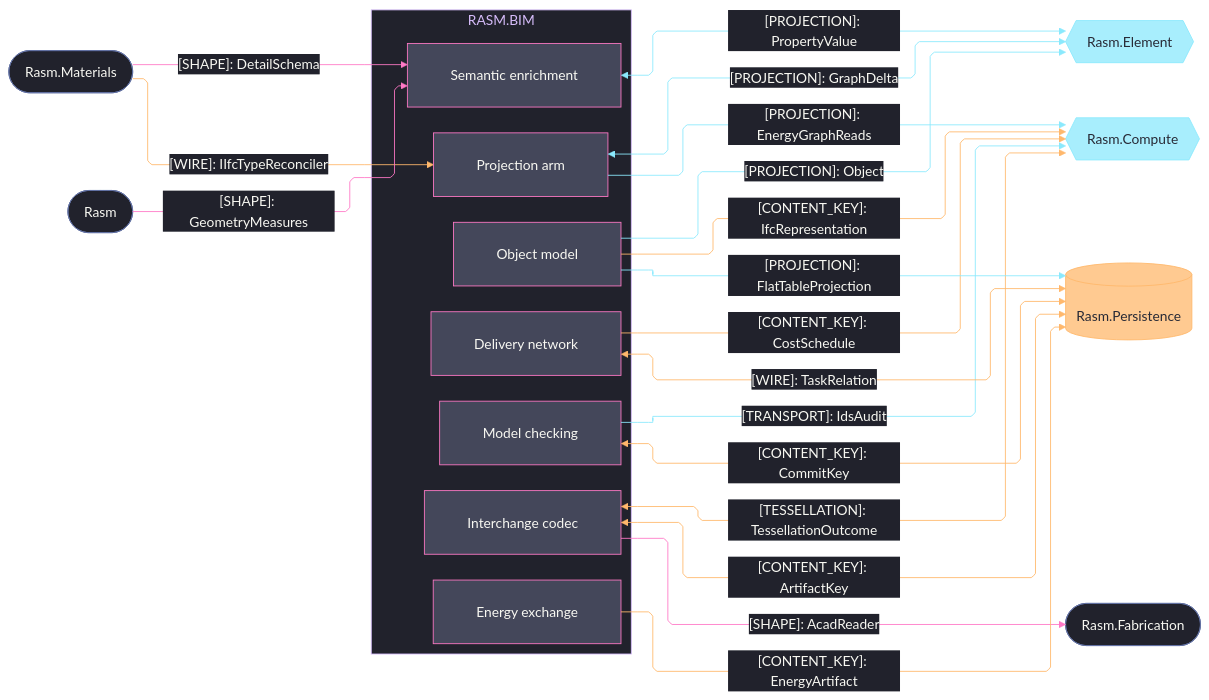
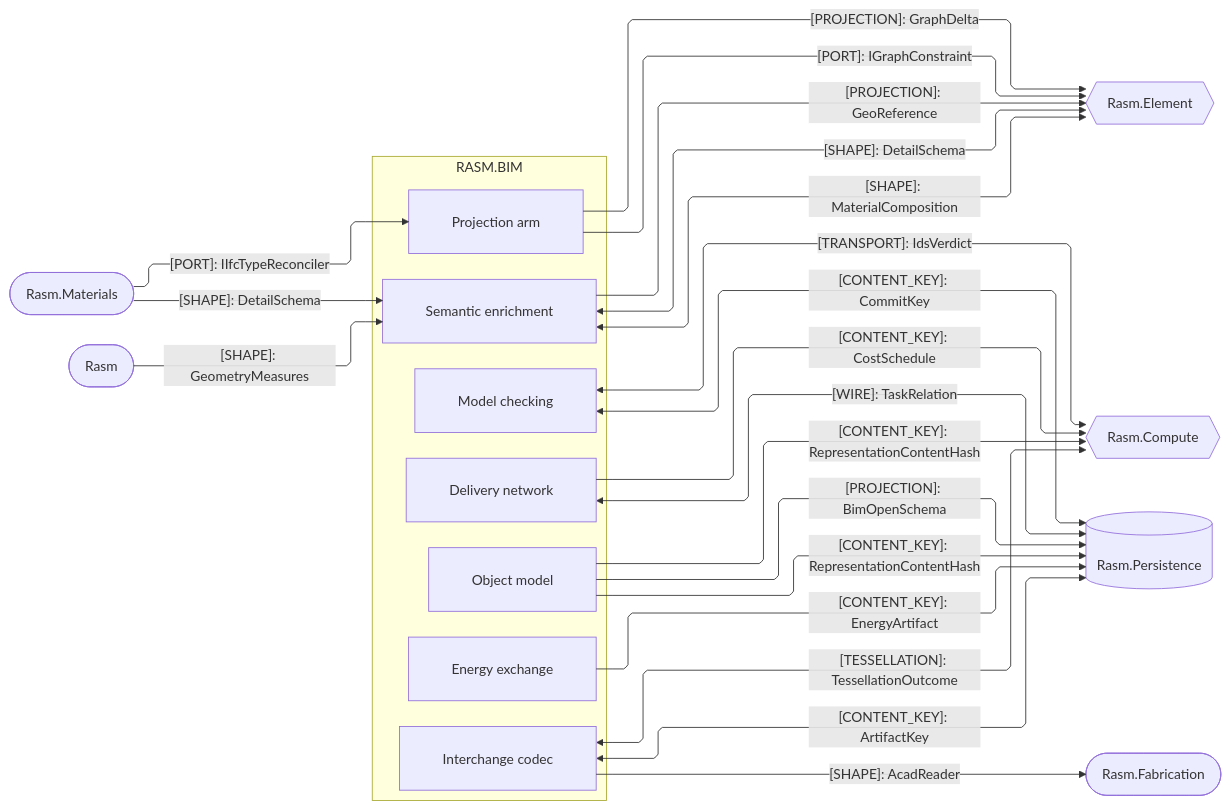
One commit to bsamiee/Rasm changed the second of 3 diagrams in libs/csharp/Rasm.Bim/ARCHITECTURE.md. Above: the diagram before and after it, drawn with Mermaid. The commit also changed other lines of this file and 460 other files, not shown here.

````diff
--- a/libs/csharp/Rasm.Bim/ARCHITECTURE.md
+++ b/libs/csharp/Rasm.Bim/ARCHITECTURE.md
@@ -139,77 +112,46 @@
 ```mermaid
 ---
 config:
-  theme: base
-  look: classic
   layout: elk
   flowchart:
     curve: linear
     padding: 25
-  themeVariables:
-    darkMode: true
-    fontFamily: "SF Mono, Menlo, Cascadia Mono, Segoe UI Mono, Consolas, monospace"
-    useGradient: false
-    dropShadow: "none"
-    background: "#282A36"
-    primaryColor: "#44475A"
-    primaryTextColor: "#F8F8F2"
-    primaryBorderColor: "#BD93F9"
-    lineColor: "#FF79C6"
-    textColor: "#F8F8F2"
-    clusterBkg: "#21222C"
-    clusterBorder: "#D6BCFA"
-    edgeLabelBackground: "#21222C"
-    labelBackgroundColor: "#21222C"
-    titleColor: "#D6BCFA"
-  themeCSS: ".nodeLabel{font-size:13px;font-weight:500}.edgeLabel{font-size:12px;font-weight:500}.cluster-label .nodeLabel{font-size:13.5px;font-weight:700;letter-spacing:.08em}.edge-thickness-normal{stroke-width:2px}.edge-thickness-thick{stroke-width:3px}.edge-pattern-dashed,.edge-pattern-dotted{stroke-width:1.5px;stroke-dasharray:4 6}.node rect,.node circle,.node polygon,.node path,.node .outer-path{stroke-width:1.5px;filter:none!important}.cluster rect{stroke-width:1px!important;stroke-dasharray:5 4!important;filter:none!important}.marker path{transform:scale(.8);transform-origin:5px 5px}.marker circle{transform:scale(.48);transform-origin:5px 5px}.edgeLabel rect{transform-box:fill-box;transform-origin:center;transform:scale(1.1,1.2)}"
 ---
 flowchart LR
     accTitle: Bim same-branch domain and storage seams
-    accDescr: Bim sub-domain owners exchanging projections, content keys, and tessellation with the AEC peers Element, Materials, Fabrication, the kernel, Compute, and Persistence, edge rails colored by kind and nodes classed by seam direction.
+    accDescr: Bim sub-domain owners exchanging projections, content keys, and tessellation with the AEC peers Element, Materials, Fabrication, the kernel, Compute, and Persistence — one edge per contract family labeled by kind, bidirectional peers as hexagons, the store as a cylinder, one-way partners as stadiums.
     subgraph bim[RASM.BIM]
         Projection[Projection arm]
         Model[Object model]
         Semantics[Semantic enrichment]
         Exchange[Interchange codec]
         Review[Model checking]
         Energy[Energy exchange]
         Planning[Delivery network]
     end
     Element{{Rasm.Element}}
     Compute{{Rasm.Compute}}
     Persistence[(Rasm.Persistence)]
     Materials([Rasm.Materials])
     Fabrication([Rasm.Fabrication])
     Rasm([Rasm])
-    Projection e1@<-->|"[PROJECTION]: GraphDelta"| Element
-    Model e2@-->|"[PROJECTION]: Object"| Element
-    Semantics e3@<-->|"[PROJECTION]: PropertyValue"| Element
-    Materials e4@-->|"[WIRE]: IIfcTypeReconciler"| Projection
-    Materials e5@-->|"[SHAPE]: DetailSchema"| Semantics
-    Exchange e6@-->|"[SHAPE]: AcadReader"| Fabrication
-    Rasm e7@-->|"[SHAPE]: GeometryMeasures"| Semantics
-    Model e8@-->|"[CONTENT_KEY]: IfcRepresentation"| Compute
-    Exchange e10@<-->|"[TESSELLATION]: TessellationOutcome"| Compute
-    Review e11@-->|"[TRANSPORT]: IdsAudit"| Compute
-    Projection e13@-->|"[PROJECTION]: EnergyGraphReads"| Compute
-    Planning e14@-->|"[CONTENT_KEY]: CostSchedule"| Compute
-    Model e15@-->|"[PROJECTION]: FlatTableProjection"| Persistence
-    Exchange e16@<-->|"[CONTENT_KEY]: ArtifactKey"| Persistence
-    Review e17@<-->|"[CONTENT_KEY]: CommitKey"| Persistence
-    Energy e18@-->|"[CONTENT_KEY]: EnergyArtifact"| Persistence
-    Planning e20@<-->|"[WIRE]: TaskRelation"| Persistence
-    classDef primary fill:#44475A,stroke:#FF79C6,color:#F8F8F2
-    classDef external fill:#8BE9FDBF,stroke:#8BE9FD,color:#282A36
-    classDef data fill:#FFB86CBF,stroke:#FFB86C,color:#282A36
-    classDef annotation fill:#21222C,stroke:#6272A4,color:#F8F8F2
-    classDef edgeData stroke:#FFB86C,color:#F8F8F2
-    classDef edgeExternal stroke:#8BE9FD,color:#F8F8F2
-    classDef edgeControl stroke:#FF79C6,color:#F8F8F2
-    class Projection,Model,Semantics,Exchange,Review,Energy,Planning primary
-    class Element,Compute external
-    class Persistence data
-    class Materials,Fabrication,Rasm annotation
-    class e4,e8,e10,e14,e16,e17,e18,e20 edgeData
-    class e1,e2,e3,e11,e13,e15 edgeExternal
-    class e5,e6,e7 edgeControl
+    Projection -->|"[PROJECTION]: GraphDelta"| Element
+    Projection -->|"[PORT]: IGraphConstraint"| Element
+    Semantics <-->|"[SHAPE]: DetailSchema"| Element
+    Semantics <-->|"[SHAPE]: MaterialComposition"| Element
+    Semantics -->|"[PROJECTION]: GeoReference"| Element
+    Materials -->|"[PORT]: IIfcTypeReconciler"| Projection
+    Materials -->|"[SHAPE]: DetailSchema"| Semantics
+    Exchange -->|"[SHAPE]: AcadReader"| Fabrication
+    Rasm -->|"[SHAPE]: GeometryMeasures"| Semantics
+    Model -->|"[CONTENT_KEY]: RepresentationContentHash"| Compute
+    Exchange <-->|"[TESSELLATION]: TessellationOutcome"| Compute
+    Review <-->|"[TRANSPORT]: IdsVerdict"| Compute
+    Planning -->|"[CONTENT_KEY]: CostSchedule"| Compute
+    Model -->|"[PROJECTION]: BimOpenSchema"| Persistence
+    Model -->|"[CONTENT_KEY]: RepresentationContentHash"| Persistence
+    Exchange <-->|"[CONTENT_KEY]: ArtifactKey"| Persistence
+    Review <-->|"[CONTENT_KEY]: CommitKey"| Persistence
+    Energy -->|"[CONTENT_KEY]: EnergyArtifact"| Persistence
+    Planning <-->|"[WIRE]: TaskRelation"| Persistence
 ```
````
